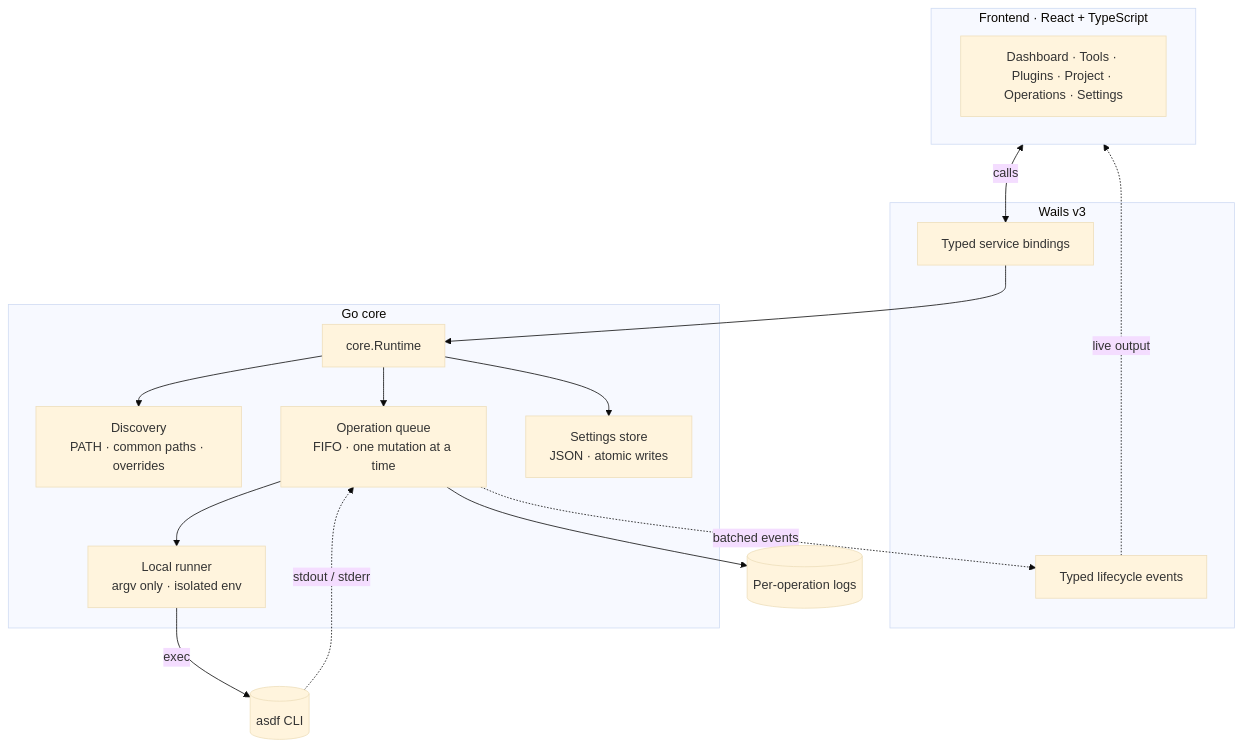
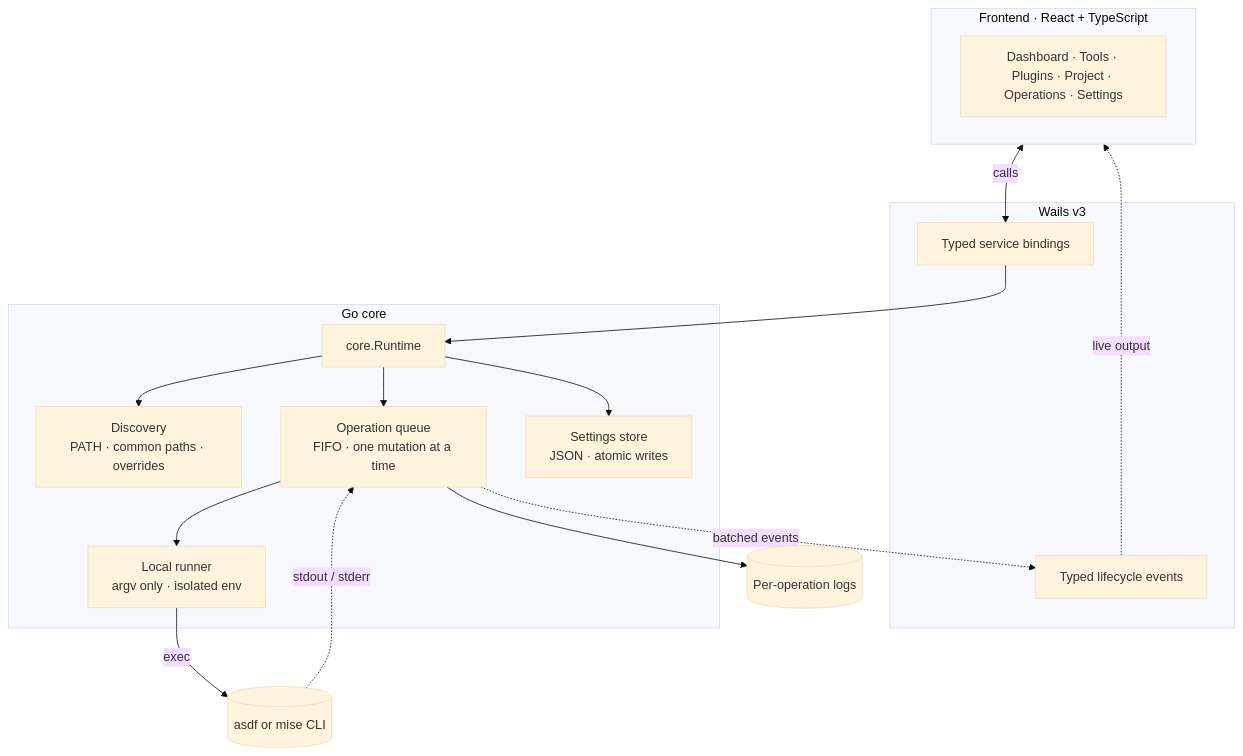
Before and after one commit to AshutoshSajan/asdf-mise-gui: the first of 2 diagrams in README.md, drawn with Mermaid (base theme). The commit also changed other lines of this file and 74 other files, not shown here.

First line of the commit message:
feat: add mise support and rebrand as asdf mise GUI

````diff
--- a/README.md
+++ b/README.md
@@ -275,35 +280,35 @@
 ```mermaid
 flowchart TB
     subgraph Frontend["Frontend · React + TypeScript"]
         direction LR
         UI["Dashboard · Tools · Plugins · Project · Operations · Settings"]
     end
 
     subgraph Wails["Wails v3"]
         SVC["Typed service bindings"]
         EVENTS["Typed lifecycle events"]
     end
 
     subgraph Core["Go core"]
         RT["core.Runtime"]
         DETECT["Discovery<br/>PATH · common paths · overrides"]
         QUEUE["Operation queue<br/>FIFO · one mutation at a time"]
         STORE["Settings store<br/>JSON · atomic writes"]
         RUNNER["Local runner<br/>argv only · isolated env"]
     end
 
-    ASDF[("asdf CLI")]
+    ENGINE[("asdf or mise CLI")]
     LOGS[("Per-operation logs")]
 
     UI <-->|"calls"| SVC
     SVC --> RT
     RT --> DETECT
     RT --> QUEUE
     RT --> STORE
     QUEUE --> RUNNER
-    RUNNER -->|"exec"| ASDF
-    ASDF -.->|"stdout / stderr"| QUEUE
+    RUNNER -->|"exec"| ENGINE
+    ENGINE -.->|"stdout / stderr"| QUEUE
     QUEUE --> LOGS
     QUEUE -.->|"batched events"| EVENTS
     EVENTS -.->|"live output"| UI
 ```
````
